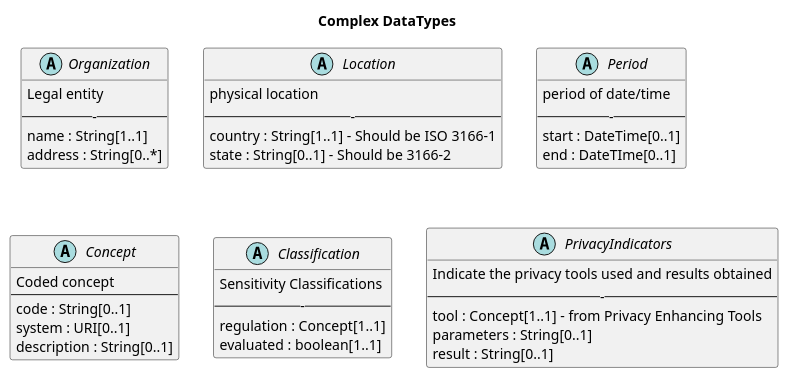
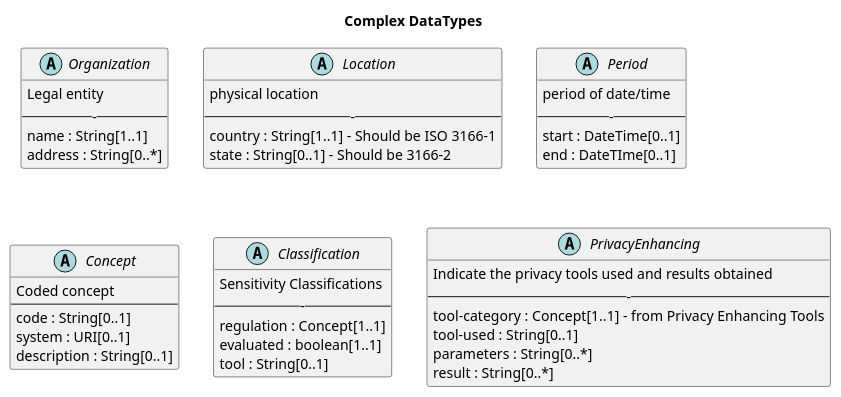
Before and after one commit to Data-and-Trust-Alliance/DPS: the diagram in ImageSource/datatypes.plantuml, drawn with PlantUML. The commit also changed 3 other files, not shown here.

Commit message:
update UML diagrams too

```diff
--- a/ImageSource/datatypes.plantuml
+++ b/ImageSource/datatypes.plantuml
@@ -1,45 +1,47 @@
 @startuml datatypes
 title Complex DataTypes
 
 abstract class Organization {
     Legal entity
     -----
     name : String[1..1]
     address : String[0..*]
 }
 
 abstract class Location {
     physical location
     -----
     country : String[1..1] - Should be ISO 3166-1
     state : String[0..1] - Should be 3166-2
 }
 abstract class Period {
     period of date/time
     -----
     start : DateTime[0..1]
     end : DateTIme[0..1]
 }
 abstract class Concept {
     Coded concept 
     ----
     code : String[0..1]
     system : URI[0..1]
     description : String[0..1]
 }
 
 abstract class Classification {
     Sensitivity Classifications
     -----
     regulation : Concept[1..1]
     evaluated : boolean[1..1]
+    tool : String[0..1]
 }
 
-abstract class PrivacyIndicators {
+abstract class PrivacyEnhancing {
     Indicate the privacy tools used and results obtained
     -----
-    tool : Concept[1..1] - from Privacy Enhancing Tools
-    parameters : String[0..1]
-    result : String[0..1]
+    tool-category : Concept[1..1] - from Privacy Enhancing Tools
+    tool-used : String[0..1]
+    parameters : String[0..*]
+    result : String[0..*]
 }
 @enduml
```
